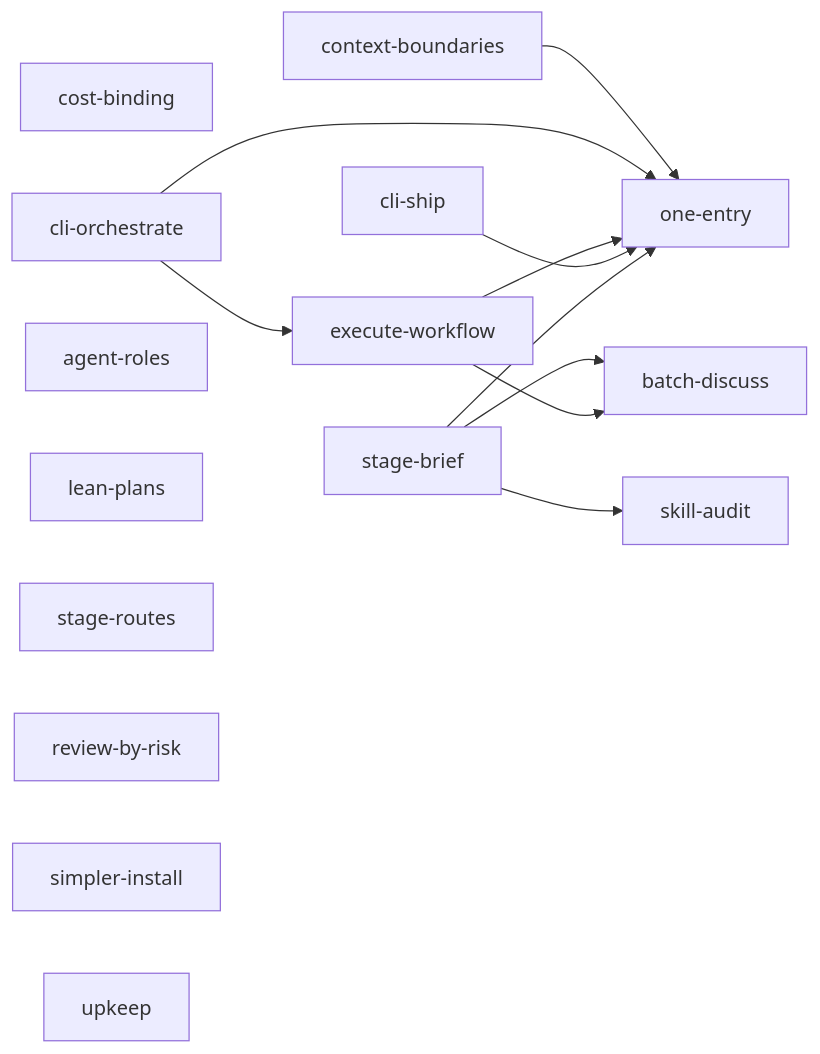
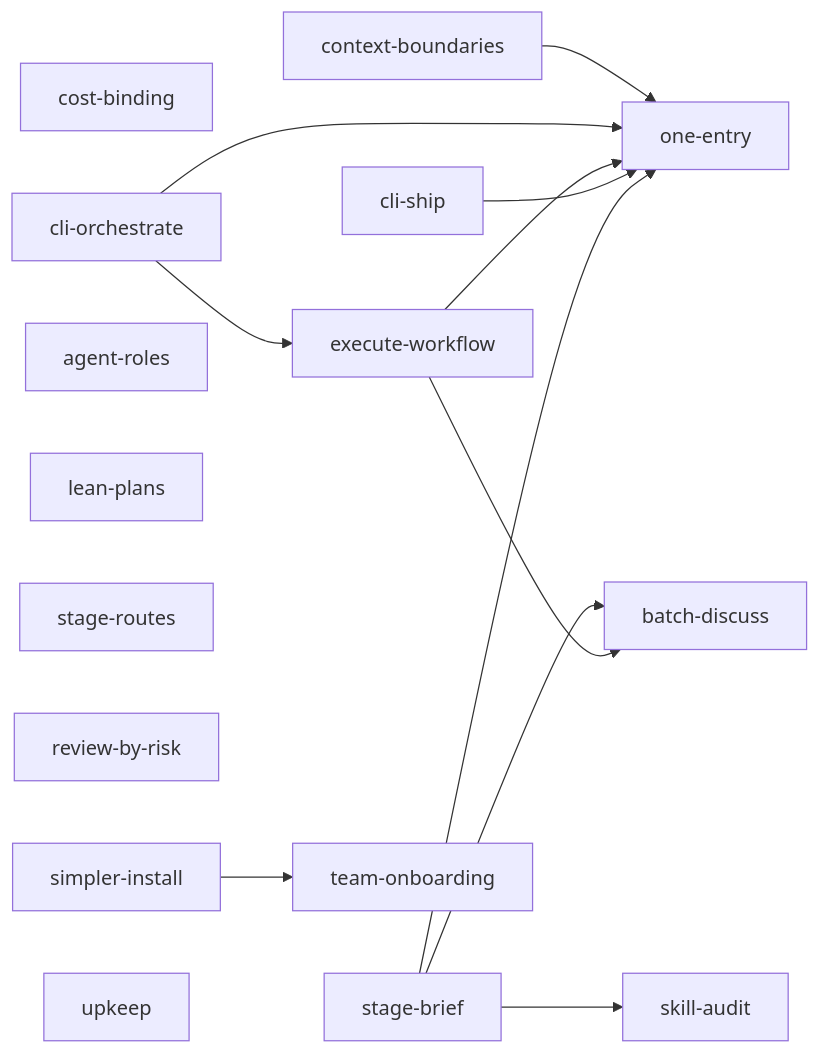
One commit to giangdhwhtbr/gin-workflow changed the diagram in .planning/roadmap.md. Above: the diagram before and after it, drawn with Mermaid. The commit also changed other lines of this file, not shown here.

First line of the commit message:
docs(roadmap): team onboarding epic, and the install phase moves after phase 1

````diff
--- a/.planning/roadmap.md
+++ b/.planning/roadmap.md
@@ -72,19 +73,19 @@
 ```mermaid
 flowchart LR
     CB[cost-binding]
     CX[context-boundaries] --> OE[one-entry]
     CO[cli-orchestrate] --> EW[execute-workflow]
     CO --> OE
     EW --> OE
     CS[cli-ship] --> OE
     SB[stage-brief] --> SA[skill-audit]
     SB --> OE
     SB --> BD[batch-discuss]
     EW --> BD
     AR[agent-roles]
     LP[lean-plans]
     SR[stage-routes]
     RR[review-by-risk]
-    SI[simpler-install]
+    SI[simpler-install] --> TO[team-onboarding]
     UP[upkeep]
 ```
````
